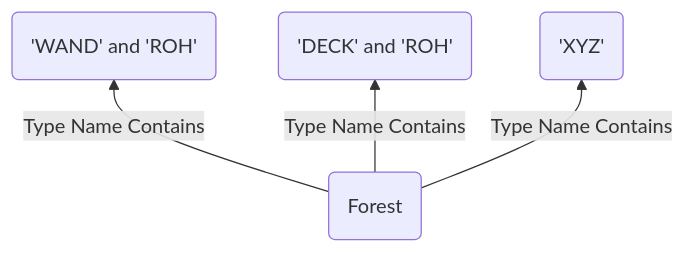
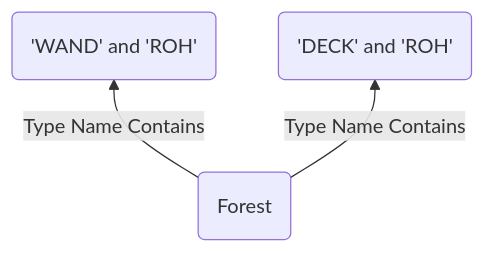
The fifth of 7 diagrams in README.md (herzogdemeuron/calc), drawn with Mermaid before and after one commit. The commit also changed other lines of this file, not shown here.

````diff
--- a/README.md
+++ b/README.md
@@ -211,6 +211,5 @@
 ```mermaid
 flowchart BT
     f(Forest)-->|Type Name Contains| t1('WAND' and 'ROH')
     f(Forest)-->|Type Name Contains|t2('DECK' and 'ROH')
-    f(Forest)-->|Type Name Contains|tn('XYZ')
 ```
````
